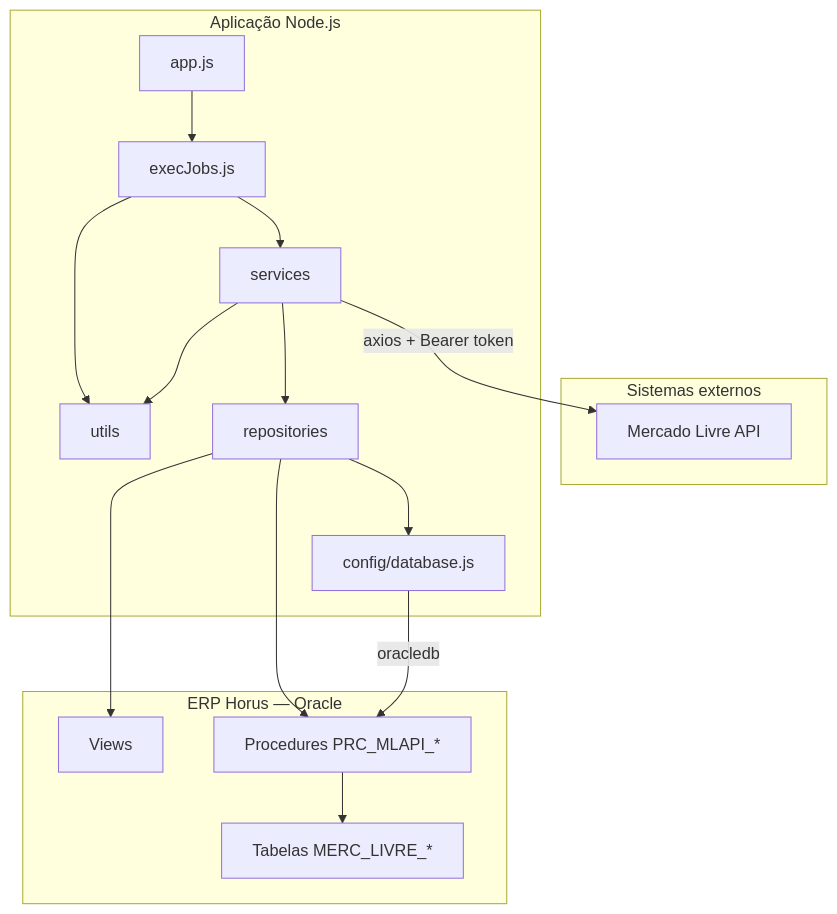
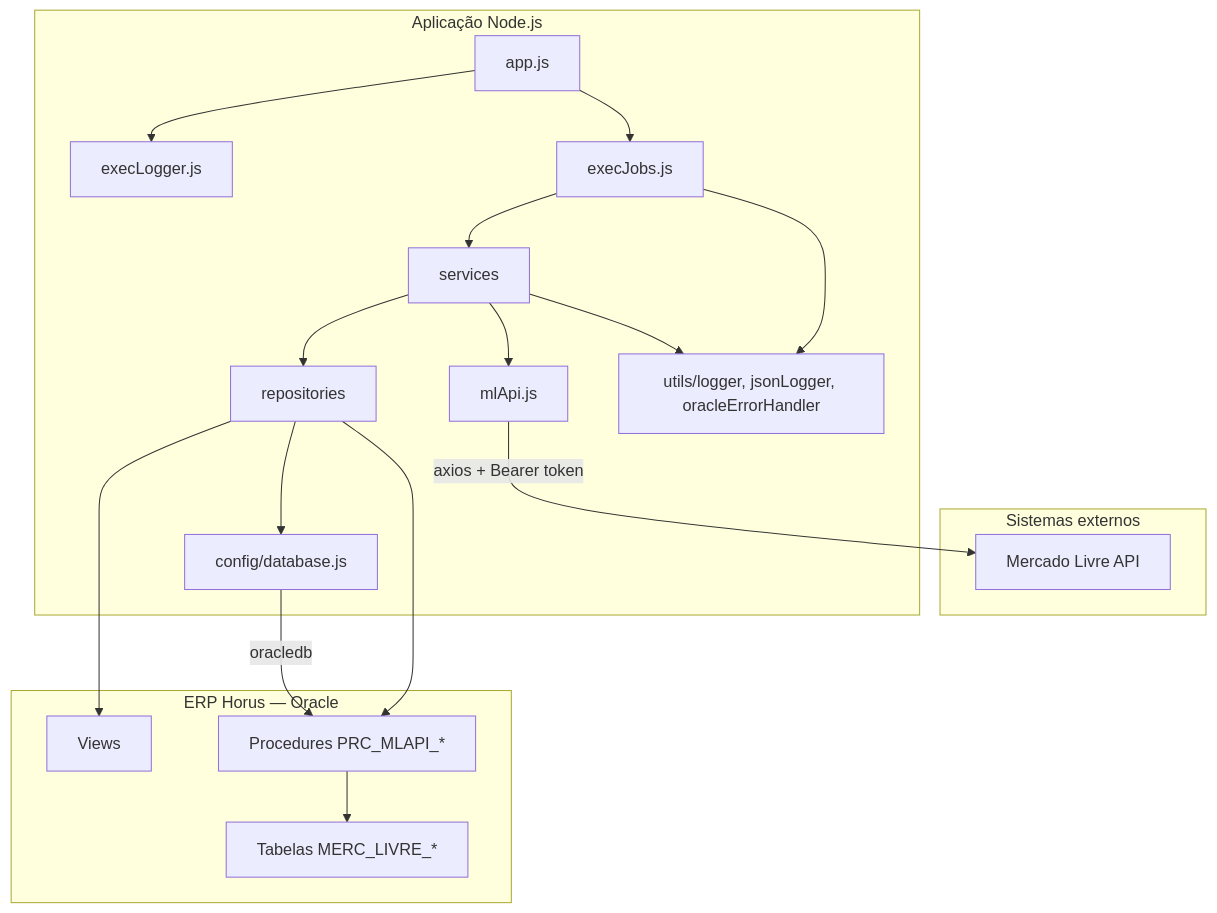
The first of 7 diagrams in .cursor/docs/ARQUITETURA.md (AfonsoJunior13/avvante-mercadolivre), drawn with Mermaid before and after one commit. The commit also changed other lines of this file and 30 other files, not shown here.

````diff
--- a/.cursor/docs/ARQUITETURA.md
+++ b/.cursor/docs/ARQUITETURA.md
@@ -9,33 +9,37 @@
 ```mermaid
 flowchart TB
     subgraph externo [Sistemas externos]
         ML[Mercado Livre API]
     end
 
     subgraph app [Aplicação Node.js]
         APP[app.js]
+        EXECLOG[execLogger.js]
         JOBS[execJobs.js]
         SVC[services]
+        MLAPI[mlApi.js]
         REPO[repositories]
         CFG[config/database.js]
-        UTIL[utils]
+        UTIL[utils/logger, jsonLogger, oracleErrorHandler]
     end
 
     subgraph banco [ERP Horus — Oracle]
         VW[Views]
         PRC[Procedures PRC_MLAPI_*]
         TAB[Tabelas MERC_LIVRE_*]
     end
 
+    APP --> EXECLOG
     APP --> JOBS
     JOBS --> SVC
-    SVC -->|axios + Bearer token| ML
+    SVC --> MLAPI
+    MLAPI -->|axios + Bearer token| ML
     SVC --> REPO
     REPO --> CFG
     CFG -->|oracledb| PRC
     REPO --> PRC
     PRC --> TAB
     REPO --> VW
     SVC --> UTIL
     JOBS --> UTIL
 ```
````
